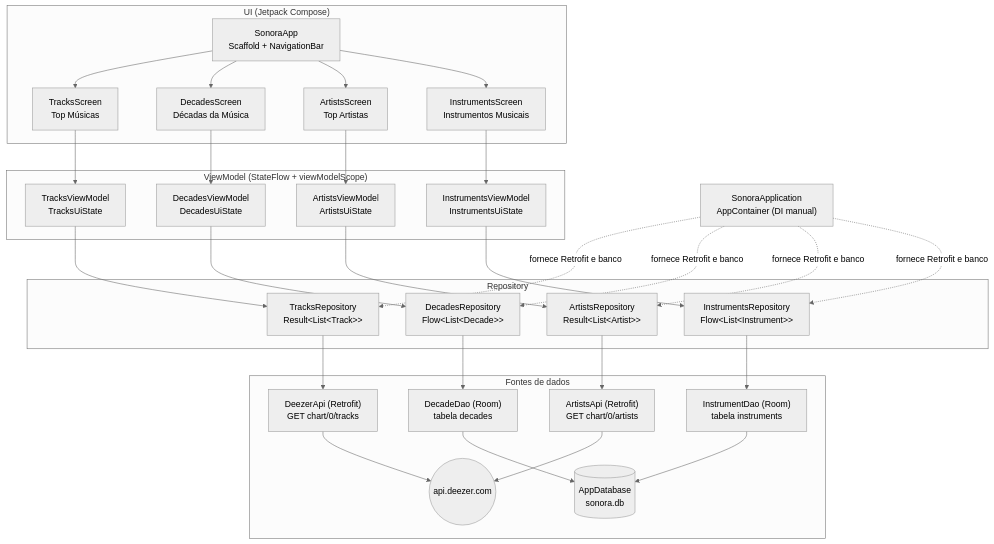
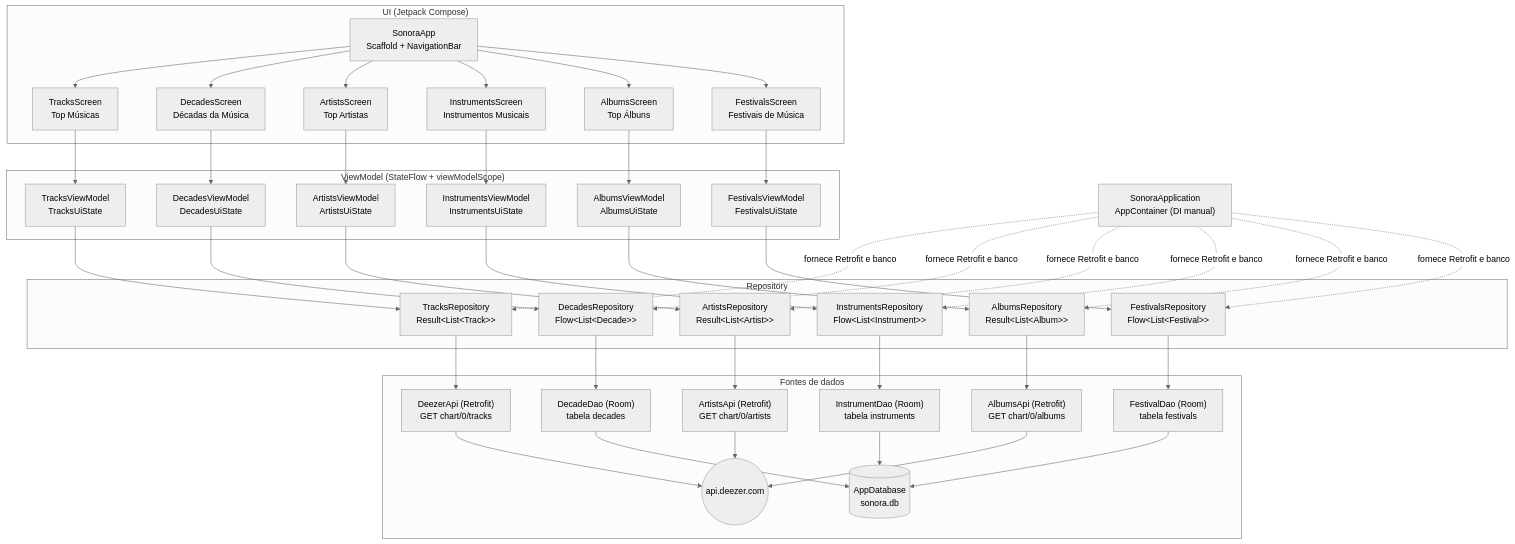
One commit to zeMatheusLira/sonora changed the diagram in ARCHITECTURE.md. Above: the diagram before and after it, drawn with Mermaid (neutral theme). The commit also changed other lines of this file and 24 other files, not shown here.

````diff
--- a/ARCHITECTURE.md
+++ b/ARCHITECTURE.md
@@ -13,42 +13,52 @@
 ```mermaid
 flowchart TD
     subgraph UI["UI (Jetpack Compose)"]
         Nav["SonoraApp<br/>Scaffold + NavigationBar"]
         TS["TracksScreen<br/>Top Músicas"]
         DS["DecadesScreen<br/>Décadas da Música"]
         AS["ArtistsScreen<br/>Top Artistas"]
         IS["InstrumentsScreen<br/>Instrumentos Musicais"]
+        ALS["AlbumsScreen<br/>Top Álbuns"]
+        FS["FestivalsScreen<br/>Festivais de Música"]
     end
 
     subgraph VM["ViewModel (StateFlow + viewModelScope)"]
         TVM["TracksViewModel<br/>TracksUiState"]
         DVM["DecadesViewModel<br/>DecadesUiState"]
         AVM["ArtistsViewModel<br/>ArtistsUiState"]
         IVM["InstrumentsViewModel<br/>InstrumentsUiState"]
+        ALVM["AlbumsViewModel<br/>AlbumsUiState"]
+        FVM["FestivalsViewModel<br/>FestivalsUiState"]
     end
 
     subgraph REPO["Repository"]
         TR["TracksRepository<br/>Result&lt;List&lt;Track&gt;&gt;"]
         DR["DecadesRepository<br/>Flow&lt;List&lt;Decade&gt;&gt;"]
         AR["ArtistsRepository<br/>Result&lt;List&lt;Artist&gt;&gt;"]
         IR["InstrumentsRepository<br/>Flow&lt;List&lt;Instrument&gt;&gt;"]
+        ALR["AlbumsRepository<br/>Result&lt;List&lt;Album&gt;&gt;"]
+        FR["FestivalsRepository<br/>Flow&lt;List&lt;Festival&gt;&gt;"]
     end
 
     subgraph DATA["Fontes de dados"]
         API["DeezerApi (Retrofit)<br/>GET chart/0/tracks"]
         DAO["DecadeDao (Room)<br/>tabela decades"]
         AAPI["ArtistsApi (Retrofit)<br/>GET chart/0/artists"]
         IDAO["InstrumentDao (Room)<br/>tabela instruments"]
+        ALAPI["AlbumsApi (Retrofit)<br/>GET chart/0/albums"]
+        FDAO["FestivalDao (Room)<br/>tabela festivals"]
         DB[("AppDatabase<br/>sonora.db")]
         NET(("api.deezer.com"))
     end
 
     APP["SonoraApplication<br/>AppContainer (DI manual)"]
 
-    Nav --> TS & DS & AS & IS
+    Nav --> TS & DS & AS & IS & ALS & FS
     TS --> TVM --> TR --> API --> NET
     DS --> DVM --> DR --> DAO --> DB
     AS --> AVM --> AR --> AAPI --> NET
     IS --> IVM --> IR --> IDAO --> DB
-    APP -. fornece Retrofit e banco .-> TR & DR & AR & IR
+    ALS --> ALVM --> ALR --> ALAPI --> NET
+    FS --> FVM --> FR --> FDAO --> DB
+    APP -. fornece Retrofit e banco .-> TR & DR & AR & IR & ALR & FR
 ```
````
